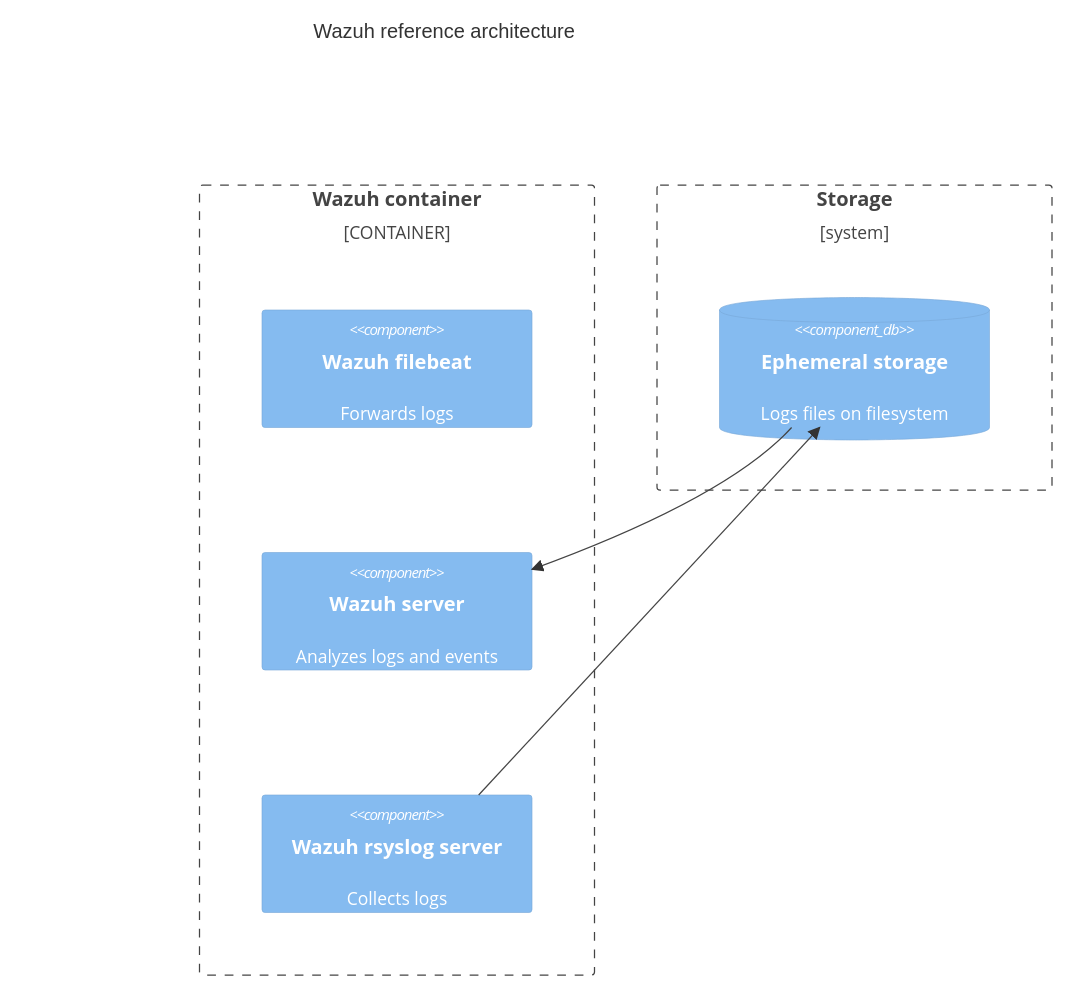
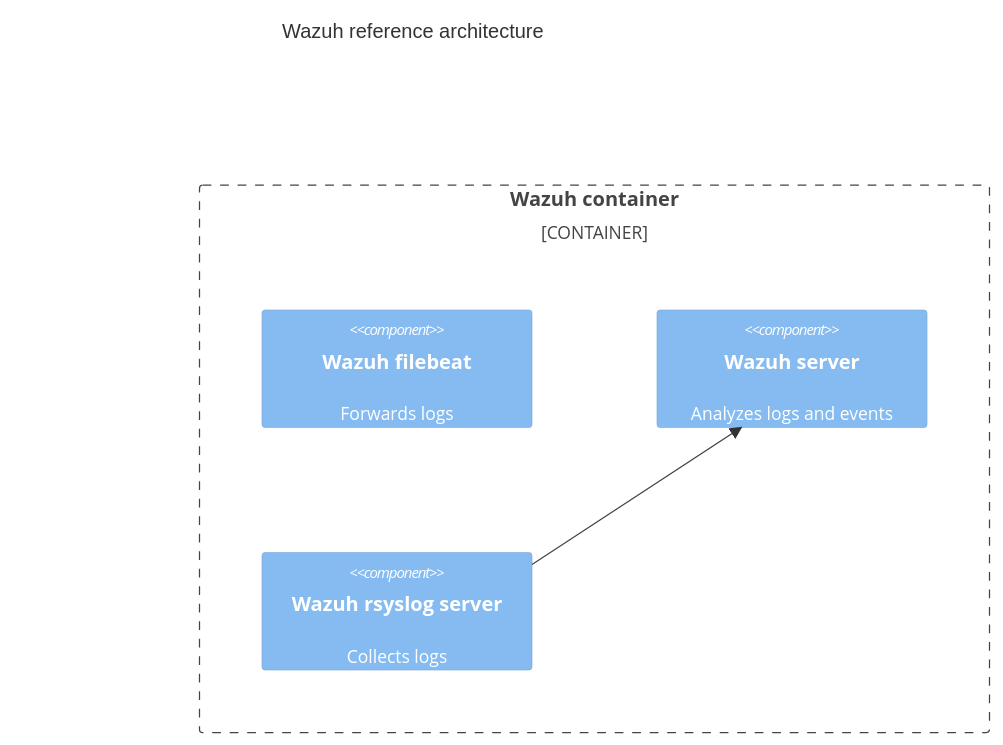
Before and after one commit to canonical/wazuh-server-operator: the diagram in docs/explanation/charm-architecture.md, drawn with Mermaid. The commit also changed 7 other files, not shown here.

````diff
--- a/docs/explanation/charm-architecture.md
+++ b/docs/explanation/charm-architecture.md
@@ -46,18 +46,12 @@
 ```mermaid
 C4Context
 title Wazuh reference architecture
 
 Container_Boundary(wazuh-server-container, "Wazuh container") {
   Component(wazuh-filebeat, "Wazuh filebeat", "", "Forwards logs")
   Component(wazuh-server, "Wazuh server", "", "Analyzes logs and events")
   Component(wazuh-rsyslog, "Wazuh rsyslog server", "", "Collects logs")
 }
 
-Boundary(storage, "Storage") {
-  ComponentDb(filesystem, "Ephemeral storage", "", "Logs files on filesystem")
-}
-
-Rel(wazuh-rsyslog, filesystem,"")
-Rel(filesystem, wazuh-server,"")
-
+Rel(wazuh-rsyslog, wazuh-server,"")
 ```
````
